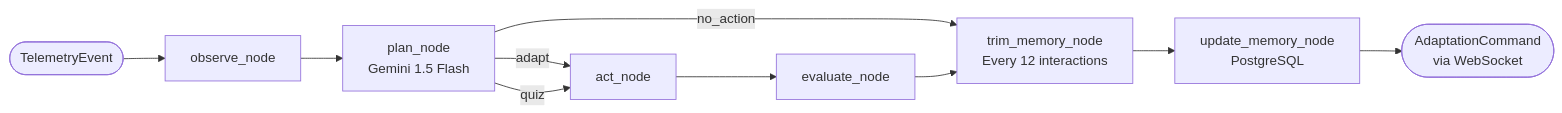
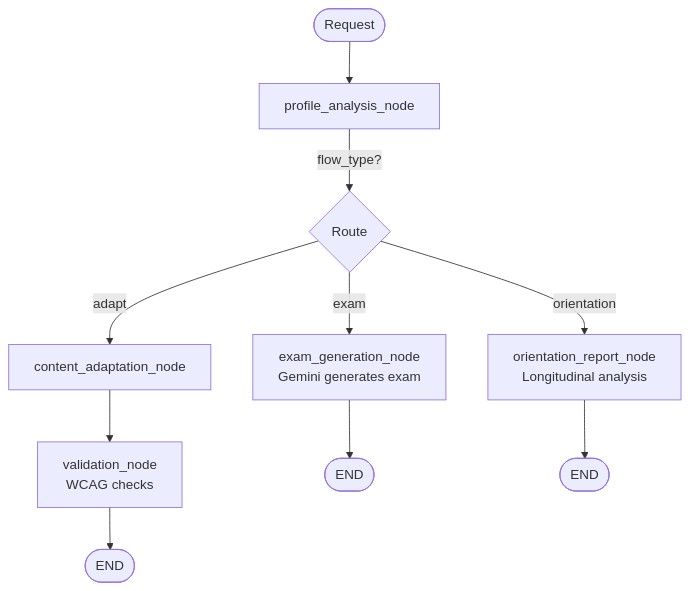
Before and after one commit to zakariabouy/Adapt_Learn: the first of 2 diagrams in README.md, drawn with Mermaid. The commit also changed other lines of this file, not shown here.

````diff
--- a/README.md
+++ b/README.md
@@ -48,12 +54,15 @@
 ```mermaid
-graph LR
-    A([TelemetryEvent]) --> B[observe_node]
-    B --> C[plan_node\nGemini 1.5 Flash]
-    C -->|adapt| D[act_node]
-    C -->|quiz| D
-    C -->|no_action| F
-    D --> E[evaluate_node]
-    E --> F[trim_memory_node\nEvery 12 interactions]
-    F --> G[update_memory_node\nPostgreSQL]
-    G --> H([AdaptationCommand\nvia WebSocket])
+graph TD
+    START([Request]) --> PA[profile_analysis_node]
+    PA -->|flow_type?| ROUTE{Route}
+
+    ROUTE -->|adapt| CA[content_adaptation_node]
+    CA --> VA[validation_node<br/>WCAG checks]
+    VA --> END1([END])
+
+    ROUTE -->|exam| EG[exam_generation_node<br/>Gemini generates exam]
+    EG --> END2([END])
+
+    ROUTE -->|orientation| OR[orientation_report_node<br/>Longitudinal analysis]
+    OR --> END3([END])
 ```
````
